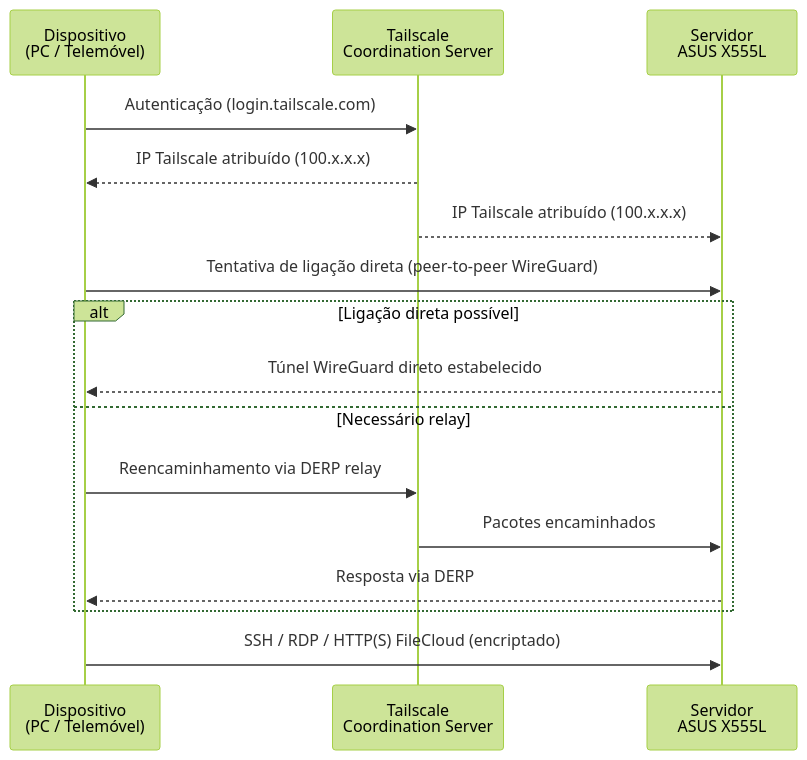
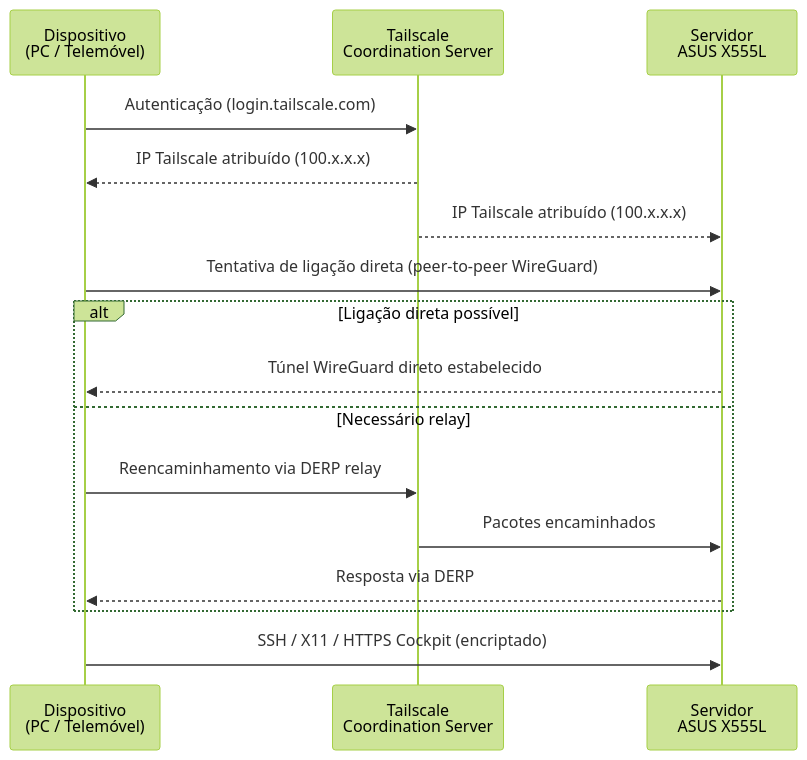
The third of 3 diagrams in docs/diagrama-rede.md (Kroatoan1979/001-26-home-server), drawn with Mermaid (forest theme) before and after one commit. The commit also changed other lines of this file and 16 other files, not shown here.

````diff
--- a/docs/diagrama-rede.md
+++ b/docs/diagrama-rede.md
@@ -102,21 +97,21 @@
 ```mermaid
 sequenceDiagram
     participant D as Dispositivo<br/>(PC / Telemóvel)
     participant TS as Tailscale<br/>Coordination Server
     participant S as Servidor<br/>ASUS X555L
 
     D->>TS: Autenticação (login.tailscale.com)
     TS-->>D: IP Tailscale atribuído (100.x.x.x)
     TS-->>S: IP Tailscale atribuído (100.x.x.x)
 
     D->>S: Tentativa de ligação direta (peer-to-peer WireGuard)
     alt Ligação direta possível
         S-->>D: Túnel WireGuard direto estabelecido
     else Necessário relay
         D->>TS: Reencaminhamento via DERP relay
         TS->>S: Pacotes encaminhados
         S-->>D: Resposta via DERP
     end
 
-    D->>S: SSH / RDP / HTTP(S) FileCloud (encriptado)
+    D->>S: SSH / X11 / HTTPS Cockpit (encriptado)
 ```
````
